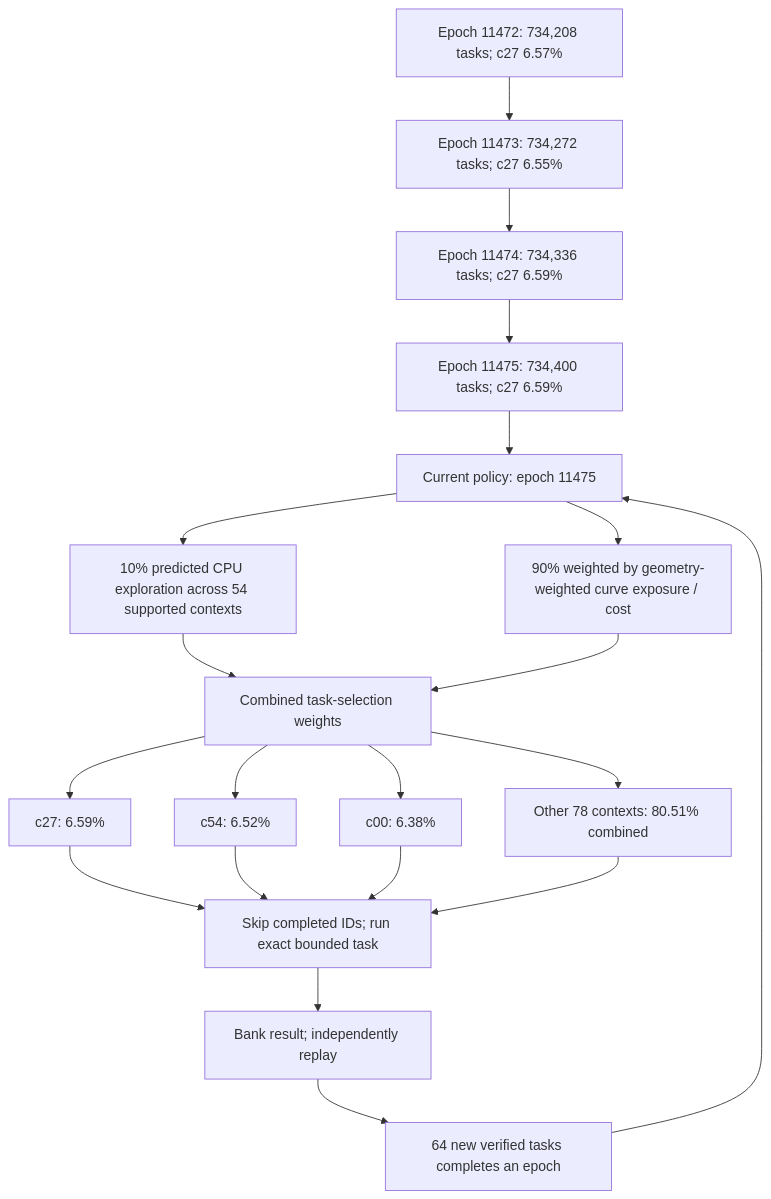
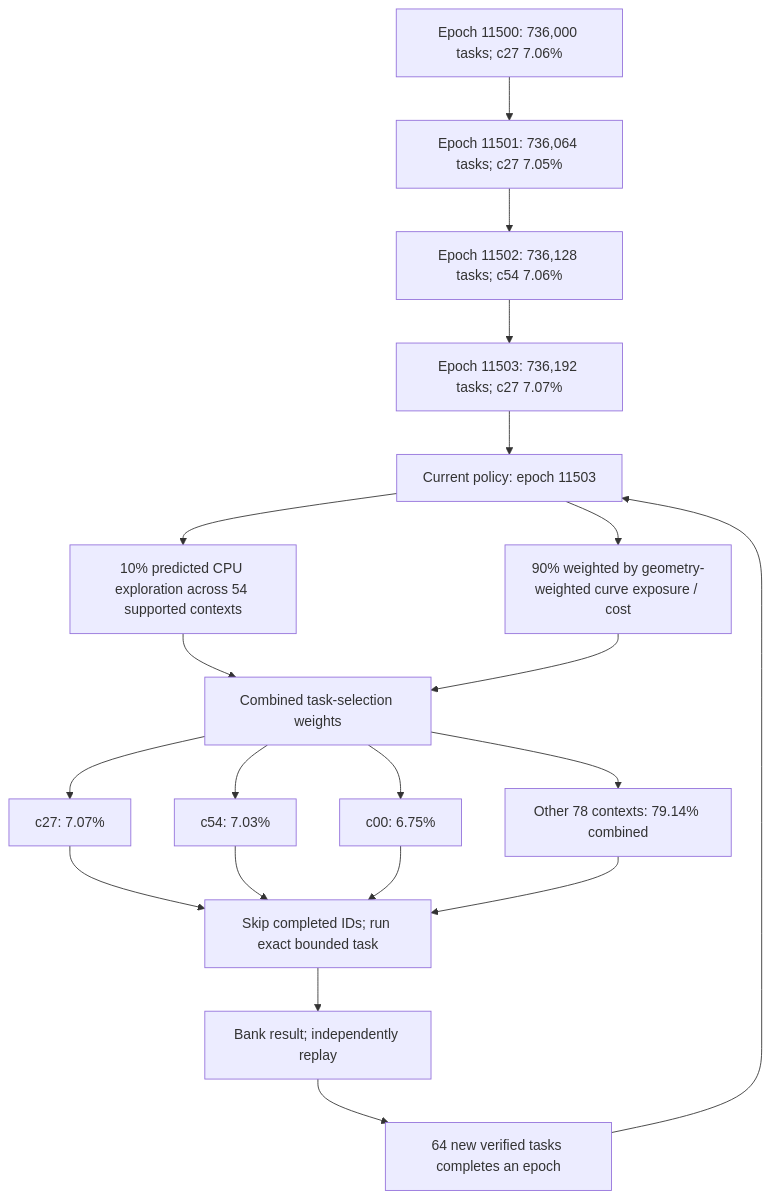
The first of 4 diagrams in README.md (Kuberwastaken/math-gambling), drawn with Mermaid before and after one commit. The commit also changed other lines of this file and 3556 other files, not shown here.

````diff
--- a/README.md
+++ b/README.md
@@ -60,27 +60,27 @@
 ```mermaid
 flowchart TD
-    H0["Epoch 11472: 734,208 tasks; c27 6.57%"]
-    H1["Epoch 11473: 734,272 tasks; c27 6.55%"]
+    H0["Epoch 11500: 736,000 tasks; c27 7.06%"]
+    H1["Epoch 11501: 736,064 tasks; c27 7.05%"]
     H0 --> H1
-    H2["Epoch 11474: 734,336 tasks; c27 6.59%"]
+    H2["Epoch 11502: 736,128 tasks; c54 7.06%"]
     H1 --> H2
-    H3["Epoch 11475: 734,400 tasks; c27 6.59%"]
+    H3["Epoch 11503: 736,192 tasks; c27 7.07%"]
     H2 --> H3
-    Policy["Current policy: epoch 11475"]
+    Policy["Current policy: epoch 11503"]
     H3 --> Policy
     Policy --> Explore["10% predicted CPU exploration across 54 supported contexts"]
     Policy --> Cost["90% weighted by geometry-weighted curve exposure / cost"]
     Explore --> Mix["Combined task-selection weights"]
     Cost --> Mix
-    Mix --> C0["c27: 6.59%"]
-    Mix --> C1["c54: 6.52%"]
-    Mix --> C2["c00: 6.38%"]
-    Mix --> Rest["Other 78 contexts: 80.51% combined"]
+    Mix --> C0["c27: 7.07%"]
+    Mix --> C1["c54: 7.03%"]
+    Mix --> C2["c00: 6.75%"]
+    Mix --> Rest["Other 78 contexts: 79.14% combined"]
     C0 --> Check["Skip completed IDs; run exact bounded task"]
     C1 --> Check
     C2 --> Check
     Rest --> Check
     Check --> Replay["Bank result; independently replay"]
     Replay --> Gate["64 new verified tasks completes an epoch"]
     Gate --> Policy
 ```
````
